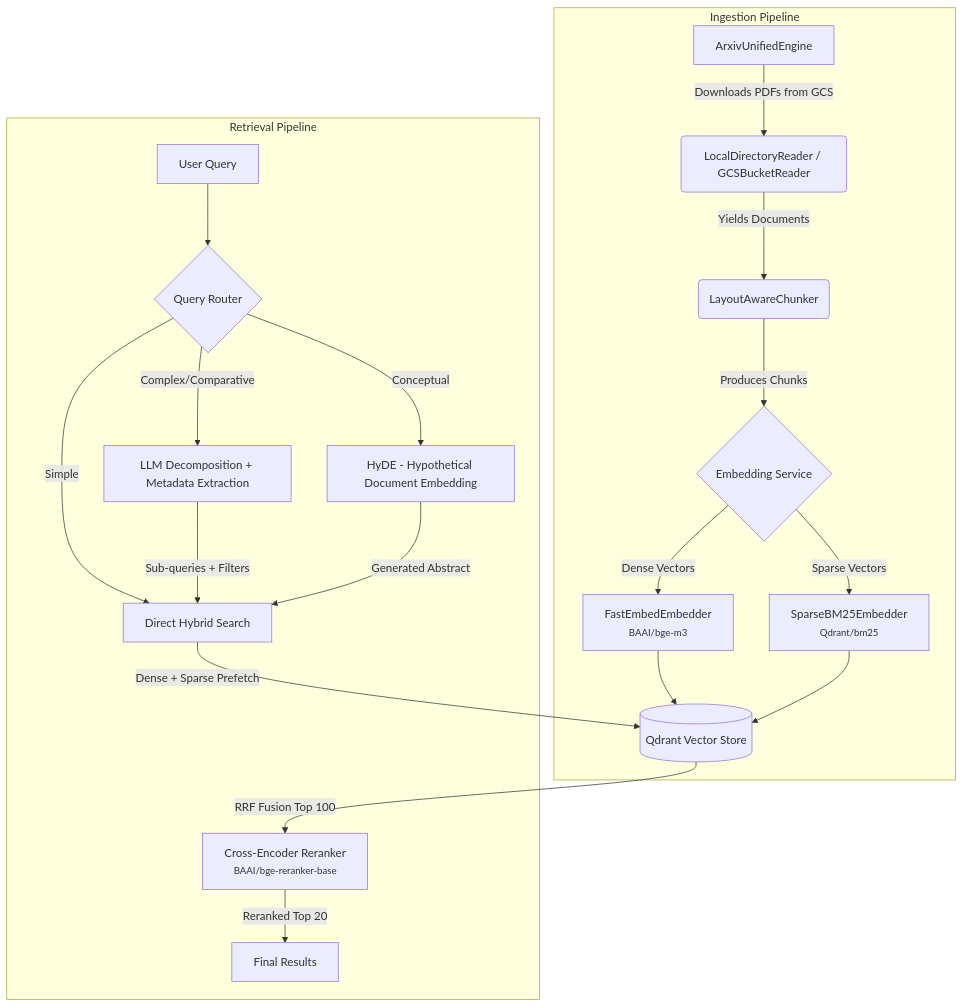
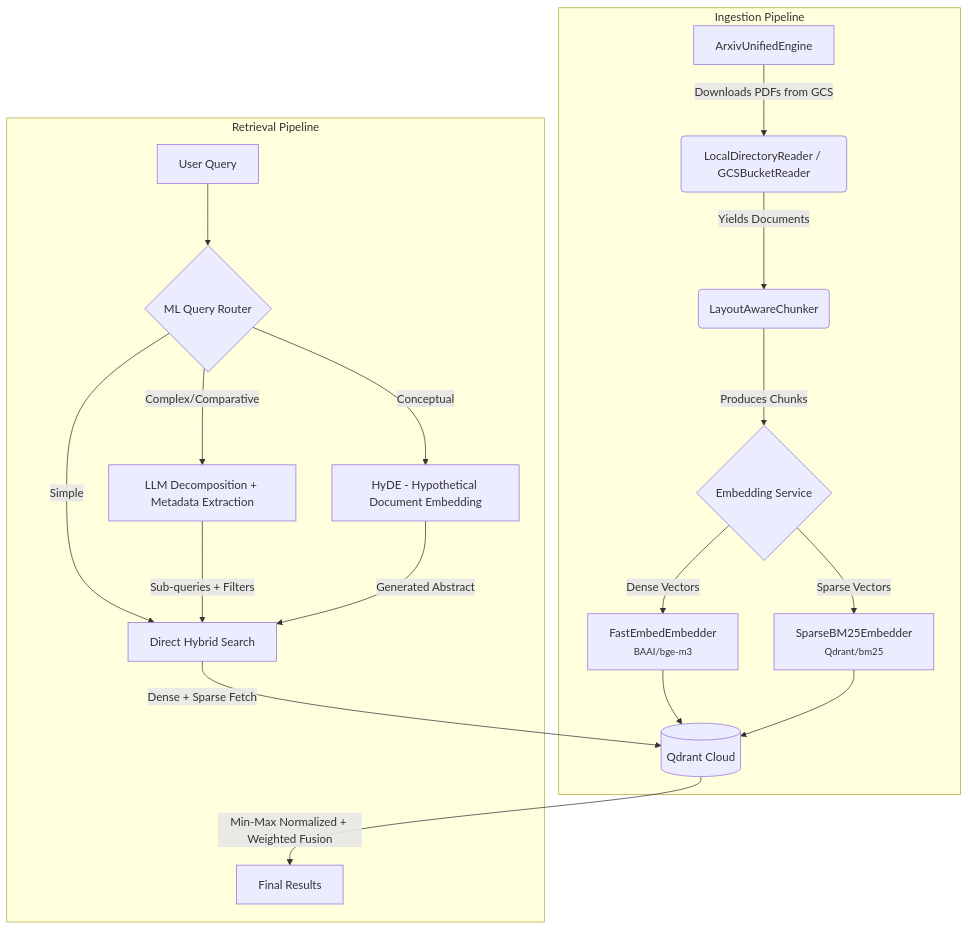
Before and after one commit to Ethereal-Agents/arxiv-scholar: the diagram in README.md, drawn with Mermaid. The commit also changed other lines of this file and 42 other files, not shown here.

````diff
--- a/README.md
+++ b/README.md
@@ -27,24 +36,23 @@
 ```mermaid
 flowchart TD
     subgraph Ingestion Pipeline
         A[ArxivUnifiedEngine] -->|Downloads PDFs from GCS| B(LocalDirectoryReader / GCSBucketReader)
         B -->|Yields Documents| C(LayoutAwareChunker)
         C -->|Produces Chunks| D{Embedding Service}
         D -->|Dense Vectors| E[FastEmbedEmbedder<br/><small>BAAI/bge-m3</small>]
         D -->|Sparse Vectors| F[SparseBM25Embedder<br/><small>Qdrant/bm25</small>]
-        E --> G[(Qdrant Vector Store)]
+        E --> G[(Qdrant Cloud)]
         F --> G
     end
 
     subgraph Retrieval Pipeline
-        H[User Query] --> I{Query Router}
+        H[User Query] --> I{ML Query Router}
         I -->|Simple| J[Direct Hybrid Search]
         I -->|Complex/Comparative| K[LLM Decomposition + Metadata Extraction]
         I -->|Conceptual| L[HyDE - Hypothetical Document Embedding]
         K -->|Sub-queries + Filters| J
         L -->|Generated Abstract| J
-        J -->|Dense + Sparse Prefetch| G
-        G -->|RRF Fusion Top 100| M[Cross-Encoder Reranker<br/><small>BAAI/bge-reranker-base</small>]
-        M -->|Reranked Top 20| N[Final Results]
+        J -->|Dense + Sparse Fetch| G
+        G -->|Min-Max Normalized + Weighted Fusion| N[Final Results]
     end
 ```
````
